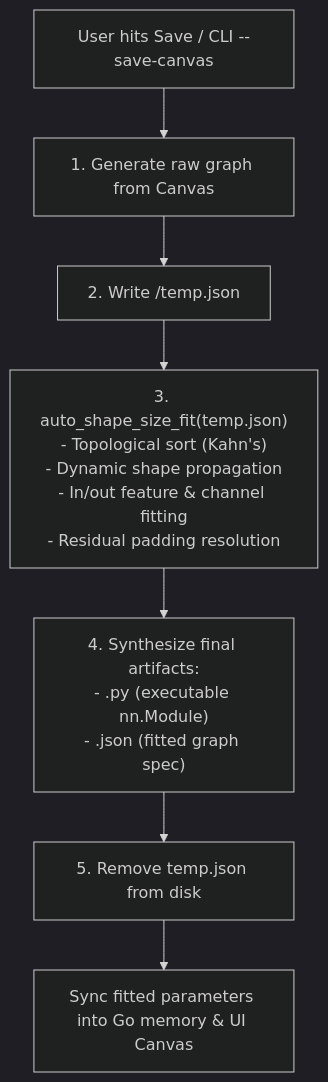
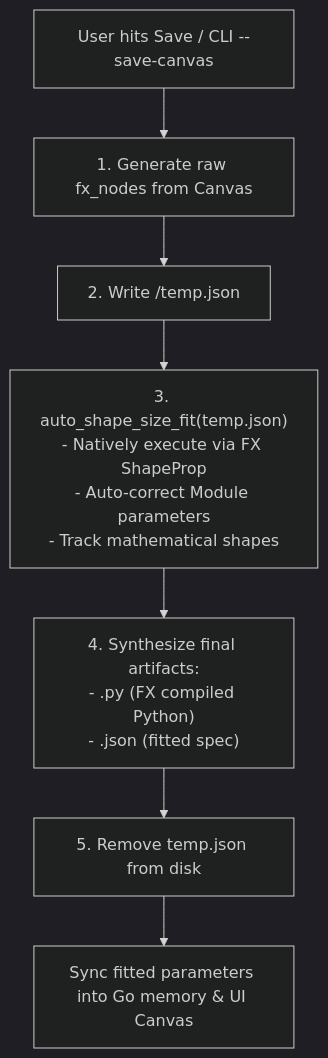
The diagram in src/Canvas/utils/generate code/document.md (hoanganhvt/Ein-Theater), drawn with Mermaid (dark theme) before and after one commit. The commit also changed other lines of this file and 25 other files, not shown here.

Commit message:
refactor auto shape fit and code generation feature

````diff
--- a/src/Canvas/utils/generate code/document.md
+++ b/src/Canvas/utils/generate code/document.md
@@ -202,9 +82,9 @@
 ```mermaid
 flowchart TD
-    A["User hits Save / CLI --save-canvas"] --> B["1. Generate raw graph from Canvas"]
+    A["User hits Save / CLI --save-canvas"] --> B["1. Generate raw fx_nodes from Canvas"]
     B --> C["2. Write <target_folder>/temp.json"]
-    C --> D["3. auto_shape_size_fit(temp.json)<br/>- Topological sort (Kahn's)<br/>- Dynamic shape propagation<br/>- In/out feature & channel fitting<br/>- Residual padding resolution"]
-    D --> E["4. Synthesize final artifacts:<br/>- <model_name>.py (executable nn.Module)<br/>- <model_name>.json (fitted graph spec)"]
+    C --> D["3. auto_shape_size_fit(temp.json)<br/>- Natively execute via FX ShapeProp<br/>- Auto-correct Module parameters<br/>- Track mathematical shapes"]
+    D --> E["4. Synthesize final artifacts:<br/>- <model_name>.py (FX compiled Python)<br/>- <model_name>.json (fitted spec)"]
     E --> F["5. Remove temp.json from disk"]
     F --> G["Sync fitted parameters into Go memory & UI Canvas"]
 ```
````
